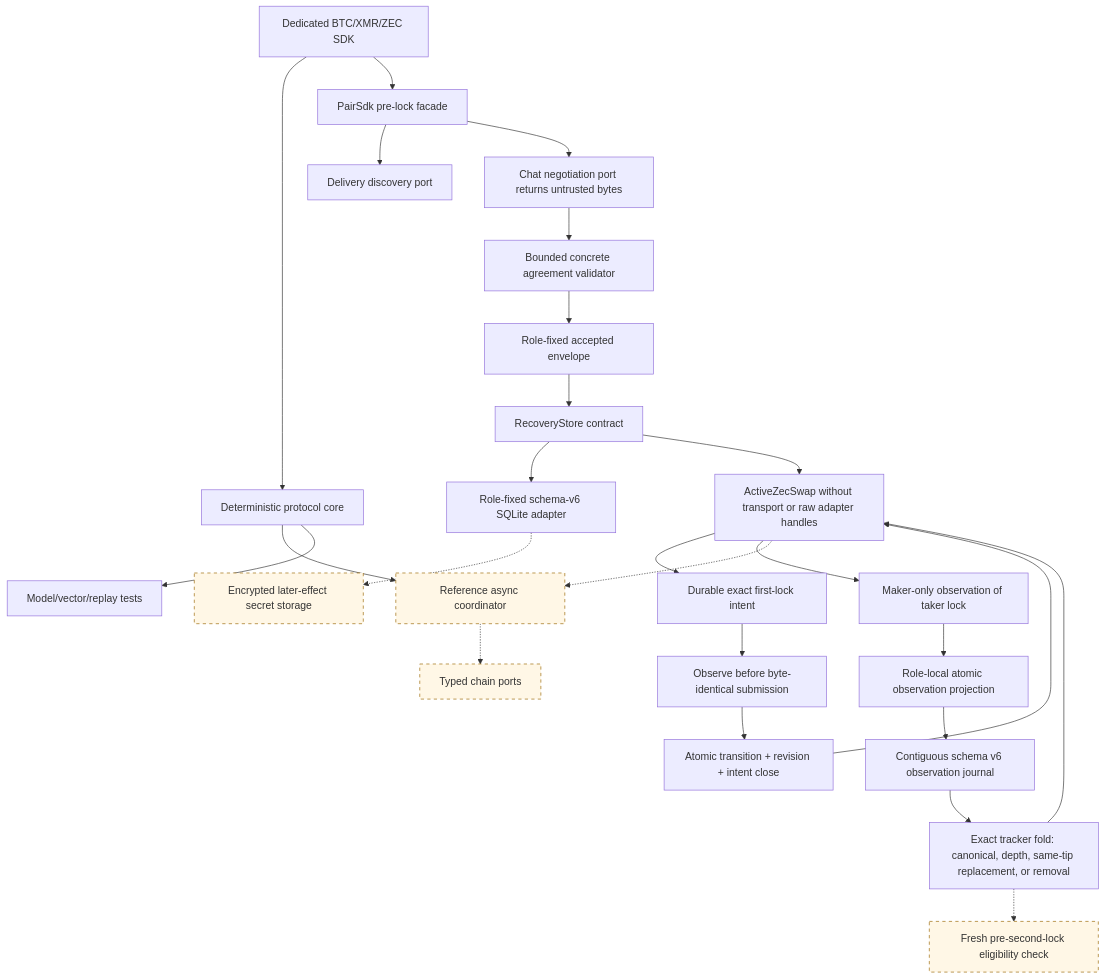
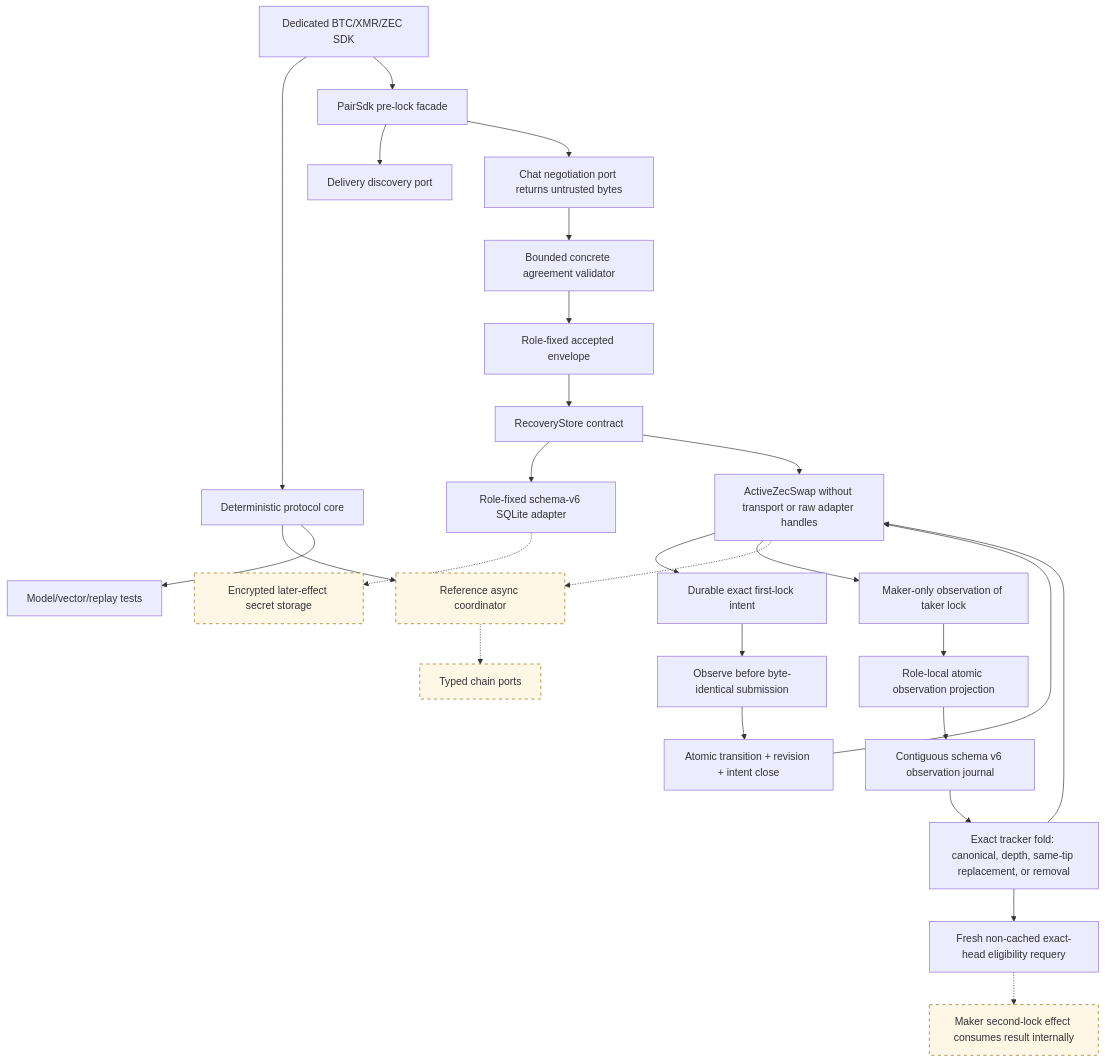
Before and after one commit to gateway-fm/lez-atomic-swaps: the diagram in docs/architecture/0013-sdk-layering.md, drawn with Mermaid. The commit also changed other lines of this file and 14 other files, not shown here.

Commit message:
feat: require fresh maker funding eligibility

````diff
--- a/docs/architecture/0013-sdk-layering.md
+++ b/docs/architecture/0013-sdk-layering.md
@@ -7,30 +7,31 @@
 ```mermaid
 flowchart TB
     Pair["Dedicated BTC/XMR/ZEC SDK"] --> Core["Deterministic protocol core"]
     Pair --> Facade["PairSdk pre-lock facade"]
     Facade --> Discovery["Delivery discovery port"]
     Facade --> Negotiation["Chat negotiation port returns untrusted bytes"]
     Negotiation --> Validator["Bounded concrete agreement validator"]
     Validator --> Accepted["Role-fixed accepted envelope"]
     Accepted --> Store["RecoveryStore contract"]
     Store --> SQLite["Role-fixed schema-v6 SQLite adapter"]
     Store --> Active["ActiveZecSwap without transport or raw adapter handles"]
     Active --> Intent["Durable exact first-lock intent"]
     Intent --> Observe["Observe before byte-identical submission"]
     Observe --> Projection["Atomic transition + revision + intent close"]
     Projection --> Active
     Active --> MakerObserve["Maker-only observation of taker lock"]
     MakerObserve --> MakerProjection["Role-local atomic observation projection"]
     MakerProjection --> Journal["Contiguous schema v6 observation journal"]
     Journal --> Reconcile["Exact tracker fold: canonical, depth, same-tip replacement, or removal"]
     Reconcile --> Active
-    Reconcile -.-> Fresh["Fresh pre-second-lock eligibility check"]
+    Reconcile --> Fresh["Fresh non-cached exact-head eligibility requery"]
+    Fresh -.-> MakerEffect["Maker second-lock effect consumes result internally"]
     Active -.-> Runtime["Reference async coordinator"]
     Runtime -.-> Nodes["Typed chain ports"]
     SQLite -.-> Encrypted["Encrypted later-effect secret storage"]
     Core --> Runtime
     Core --> Tests["Model/vector/replay tests"]
 
     classDef planned stroke-dasharray: 5 5,fill:#fff7e6,stroke:#9a6700;
-    class Runtime,Nodes,Encrypted,Fresh planned;
+    class Runtime,Nodes,Encrypted,MakerEffect planned;
 ```
````
